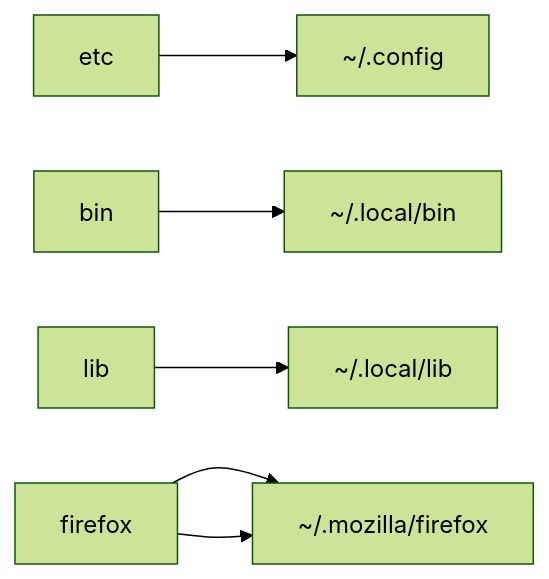
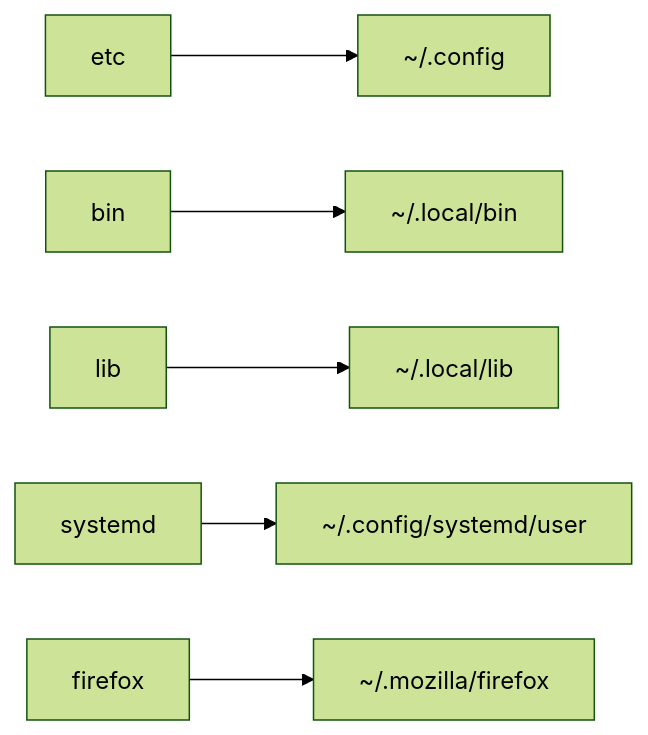
One commit to carnivuth/scripts changed the first of 2 diagrams in readme.md. Above: the diagram before and after it, drawn with Mermaid (forest theme).

````diff
--- a/readme.md
+++ b/readme.md
@@ -27,8 +27,8 @@
 ```mermaid
 flowchart LR
 A[etc] --> E[~/.config]
 B[bin] --> F[~/.local/bin]
 C[lib] --> G[~/.local/lib]
 D[systemd] --> H[~/.config/systemd/user]
-D[firefox] --> H[~/.mozilla/firefox]
+I[firefox] --> J[~/.mozilla/firefox]
 ```
````
